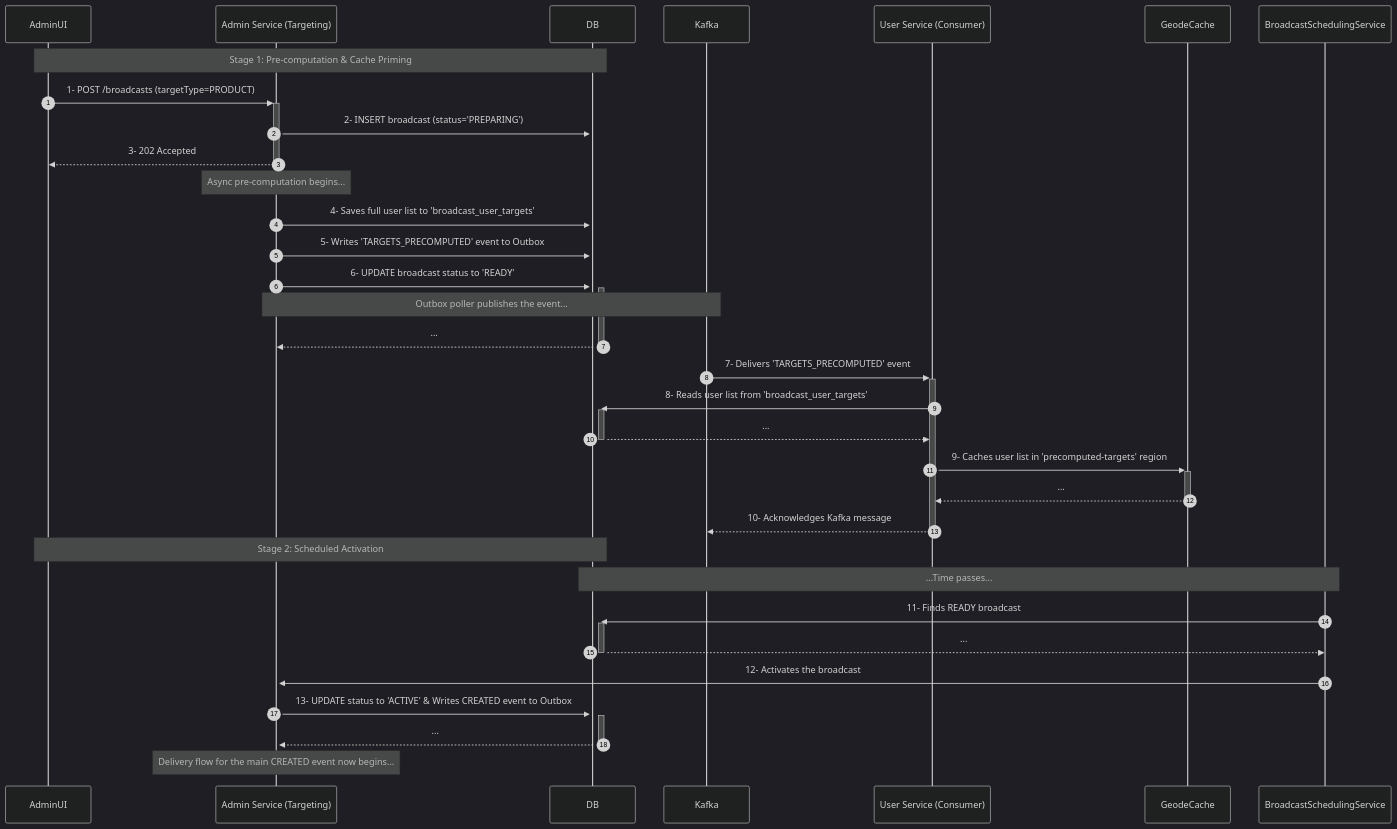
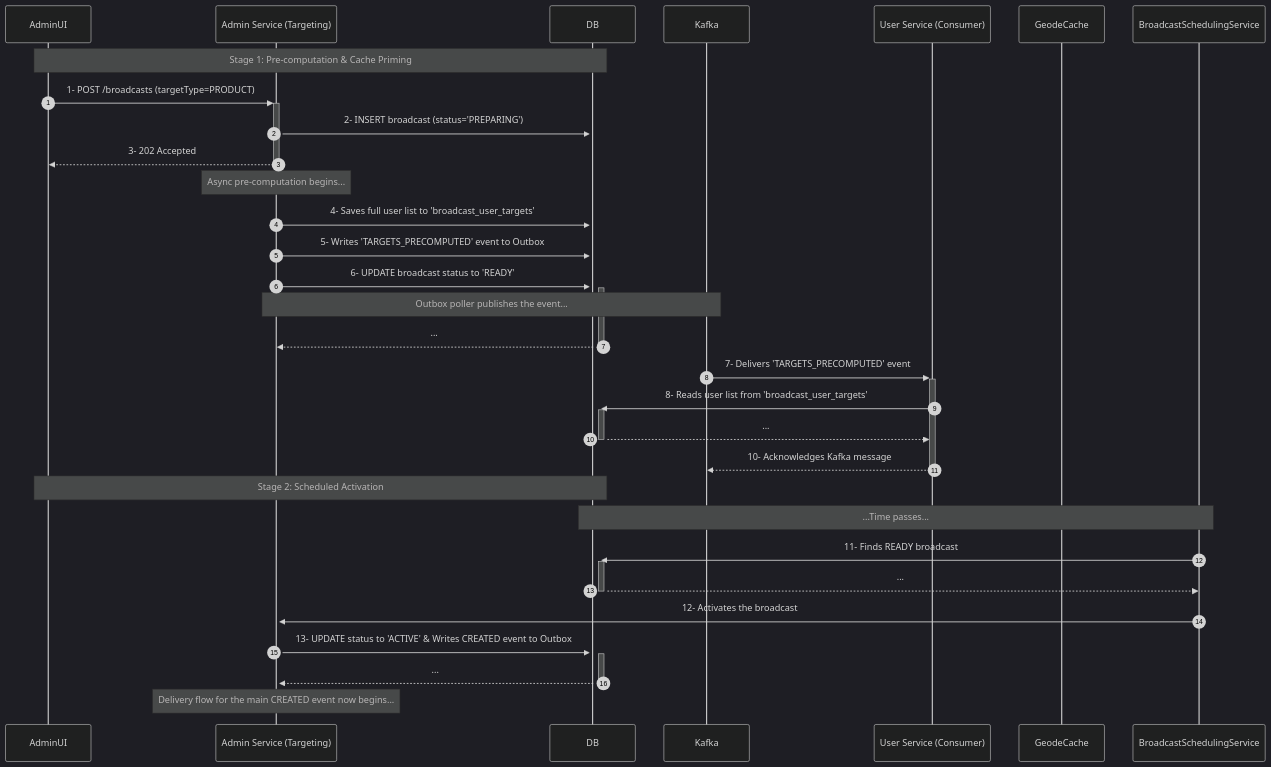
Before and after one commit to rsrini7/Notification-SSE-GLM-Flux: the diagram in MermaidDiagrams/seq-product-flow.mmd, drawn with Mermaid (dark theme). The commit also changed 23 other files, not shown here.

First line of the commit message:
refactor(broadcast): remove precomputed-targets region and simplify message delivery

```diff
--- a/MermaidDiagrams/seq-product-flow.mmd
+++ b/MermaidDiagrams/seq-product-flow.mmd
@@ -1,40 +1,38 @@
 sequenceDiagram
     autonumber
 
     participant AdminUI
     participant AdminSvc as Admin Service (Targeting)
     participant DB
     participant Kafka
     participant UserSvc as User Service (Consumer)
     participant GeodeCache
     participant Scheduler as BroadcastSchedulingService
     
     note over AdminUI, DB: Stage 1: Pre-computation & Cache Priming
     AdminUI->>+AdminSvc: 1- POST /broadcasts (targetType=PRODUCT)
     AdminSvc->>+DB: 2- INSERT broadcast (status='PREPARING')
     AdminSvc-->>-AdminUI: 3- 202 Accepted
 
     note over AdminSvc: Async pre-computation begins...
     AdminSvc->>+DB: 4- Saves full user list to 'broadcast_user_targets'
     AdminSvc->>+DB: 5- Writes 'TARGETS_PRECOMPUTED' event to Outbox
     AdminSvc->>+DB: 6- UPDATE broadcast status to 'READY'
     
     note over AdminSvc, Kafka: Outbox poller publishes the event...
     DB-->>-AdminSvc: ...
     
     Kafka->>+UserSvc: 7- Delivers 'TARGETS_PRECOMPUTED' event
     UserSvc->>+DB: 8- Reads user list from 'broadcast_user_targets'
     DB-->>-UserSvc: ...
-    UserSvc->>+GeodeCache: 9- Caches user list in 'precomputed-targets' region
-    GeodeCache-->>-UserSvc: ...
     UserSvc-->>-Kafka: 10- Acknowledges Kafka message
 
     note over AdminUI, DB: Stage 2: Scheduled Activation
     note over Scheduler, DB: ...Time passes...
     Scheduler->>+DB: 11- Finds READY broadcast
     DB-->>-Scheduler: ...
     
     Scheduler->>+AdminSvc: 12- Activates the broadcast
     AdminSvc->>+DB: 13- UPDATE status to 'ACTIVE' & Writes CREATED event to Outbox
     DB-->>-AdminSvc: ...
     note over AdminSvc: Delivery flow for the main CREATED event now begins...
```
